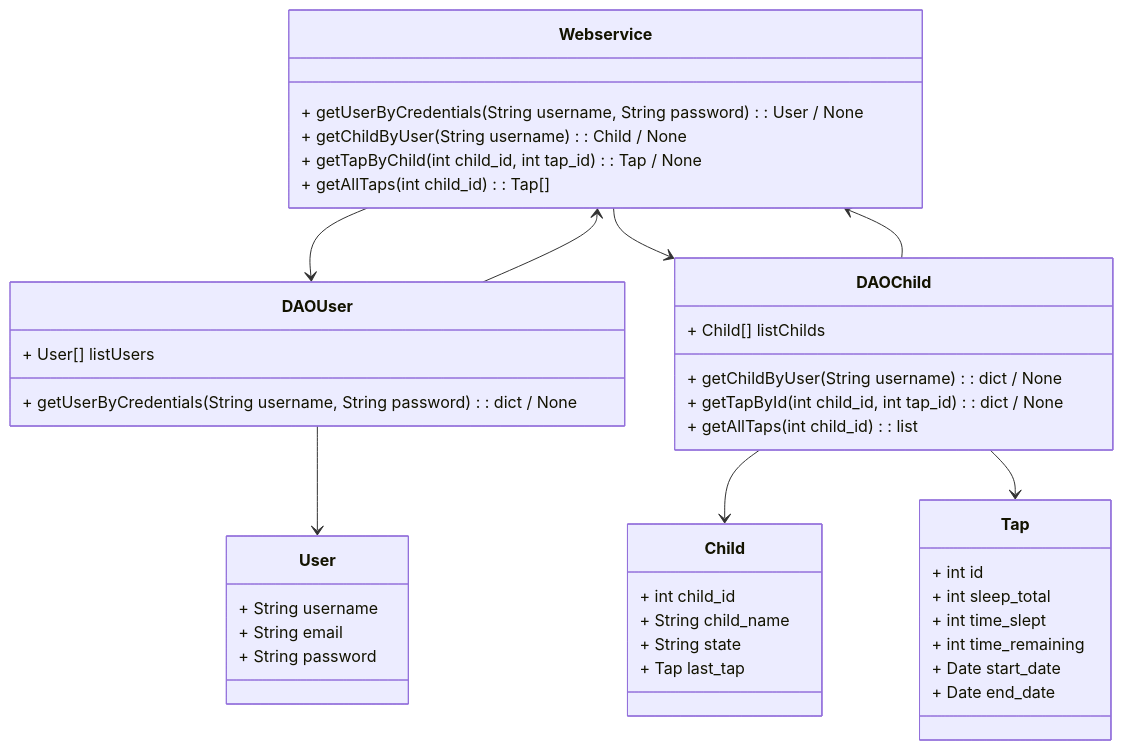
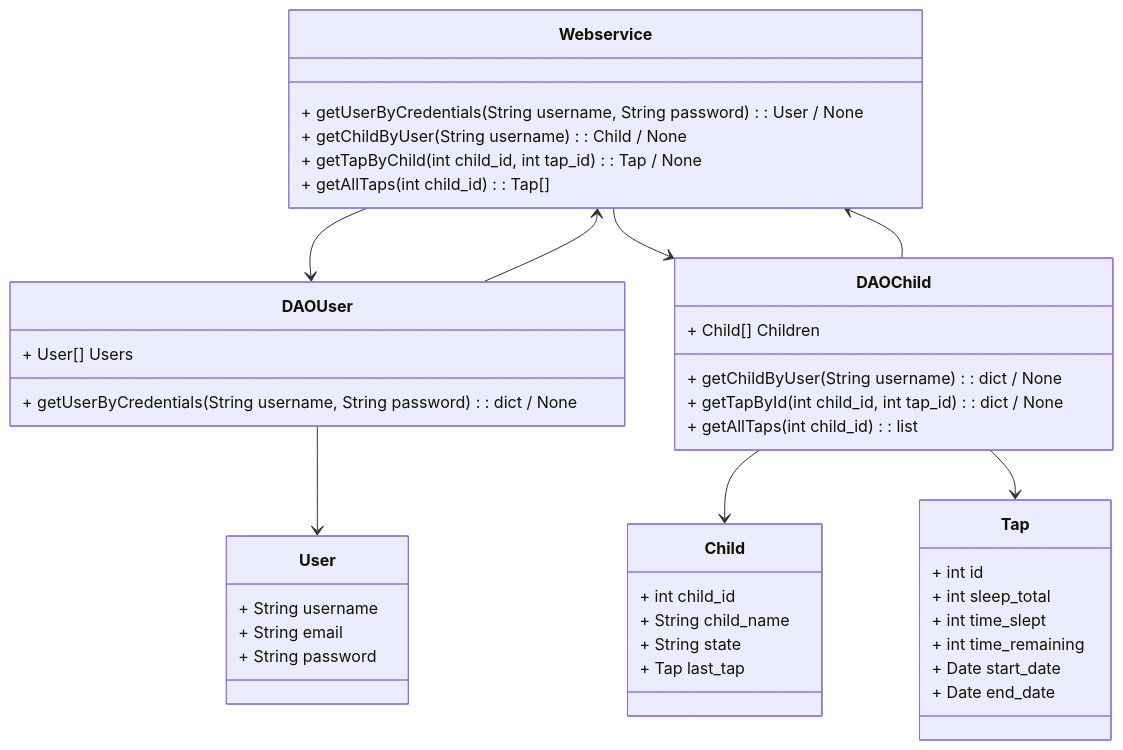
One commit to lauragrr1/tapatapp changed the diagram in Prototip2/BackEndP2.mmd. Above: the diagram before and after it, drawn with Mermaid.

```diff
--- a/Prototip2/BackEndP2.mmd
+++ b/Prototip2/BackEndP2.mmd
@@ -1,49 +1,49 @@
 classDiagram
     class Webservice {
         + getUserByCredentials(String username, String password): User / None
         + getChildByUser(String username): Child / None
         + getTapByChild(int child_id, int tap_id): Tap / None
         + getAllTaps(int child_id): Tap[]
     }
 
     class DAOUser {
-        + User[] listUsers
+        + User[] Users
         + getUserByCredentials(String username, String password): dict / None
     }
 
     class User {
         + String username
         + String email
         + String password
     }
 
     class DAOChild {
-        + Child[] listChilds
+        + Child[] Children
         + getChildByUser(String username): dict / None
         + getTapById(int child_id, int tap_id): dict / None
         + getAllTaps(int child_id): list
     }
 
     class Child {
         + int child_id
         + String child_name
         + String state
         + Tap last_tap
     }
 
     class Tap {
         + int id
         + int sleep_total
         + int time_slept
         + int time_remaining
         + Date start_date
         + Date end_date
     }
 
     Webservice --> DAOUser
     DAOUser --> User
     DAOUser --> Webservice
     Webservice --> DAOChild
     DAOChild --> Child 
     DAOChild --> Webservice
     DAOChild --> Tap
```
